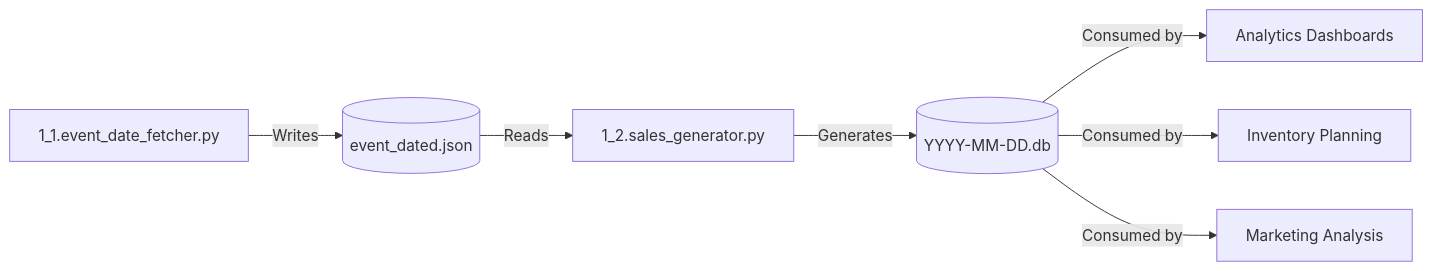
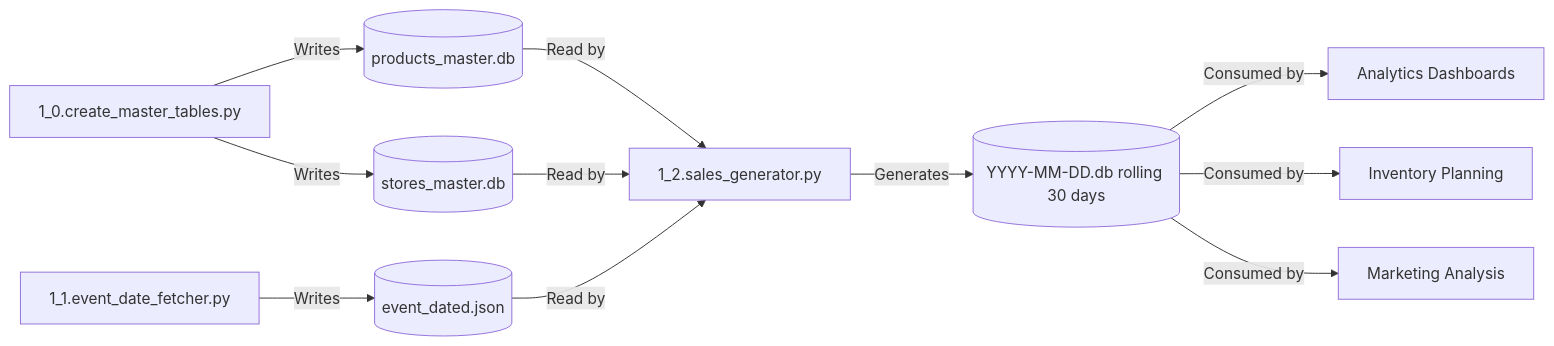
One commit to adroguetth/Sales-Monitoring-Engine changed the fifth of 5 diagrams in Documentation_EN/1_2.sales_generator.md. Above: the diagram before and after it, drawn with Mermaid. The commit also changed other lines of this file, not shown here.

````diff
--- a/Documentation_EN/1_2.sales_generator.md
+++ b/Documentation_EN/1_2.sales_generator.md
@@ -1193,9 +870,11 @@
 ```mermaid
 flowchart LR
-    A[1_1.event_date_fetcher.py] -->|Writes| B[(event_dated.json)]
-    B -->|Reads| C[1_2.sales_generator.py]
-    C -->|Generates| D[(YYYY-MM-DD.db)]
-    D -->|Consumed by| E[Analytics Dashboards]
-    D -->|Consumed by| F[Inventory Planning]
-    D -->|Consumed by| G[Marketing Analysis]
+    A[1_0.create_master_tables.py] -->|Writes| B[(products_master.db)]
+    A -->|Writes| C[(stores_master.db)]
+    D[1_1.event_date_fetcher.py] -->|Writes| E[(event_dated.json)]
+    B & C & E -->|Read by| F[1_2.sales_generator.py]
+    F -->|Generates| G[(YYYY-MM-DD.db rolling 30 days)]
+    G -->|Consumed by| H[Analytics Dashboards]
+    G -->|Consumed by| I[Inventory Planning]
+    G -->|Consumed by| J[Marketing Analysis]
 ```
````
